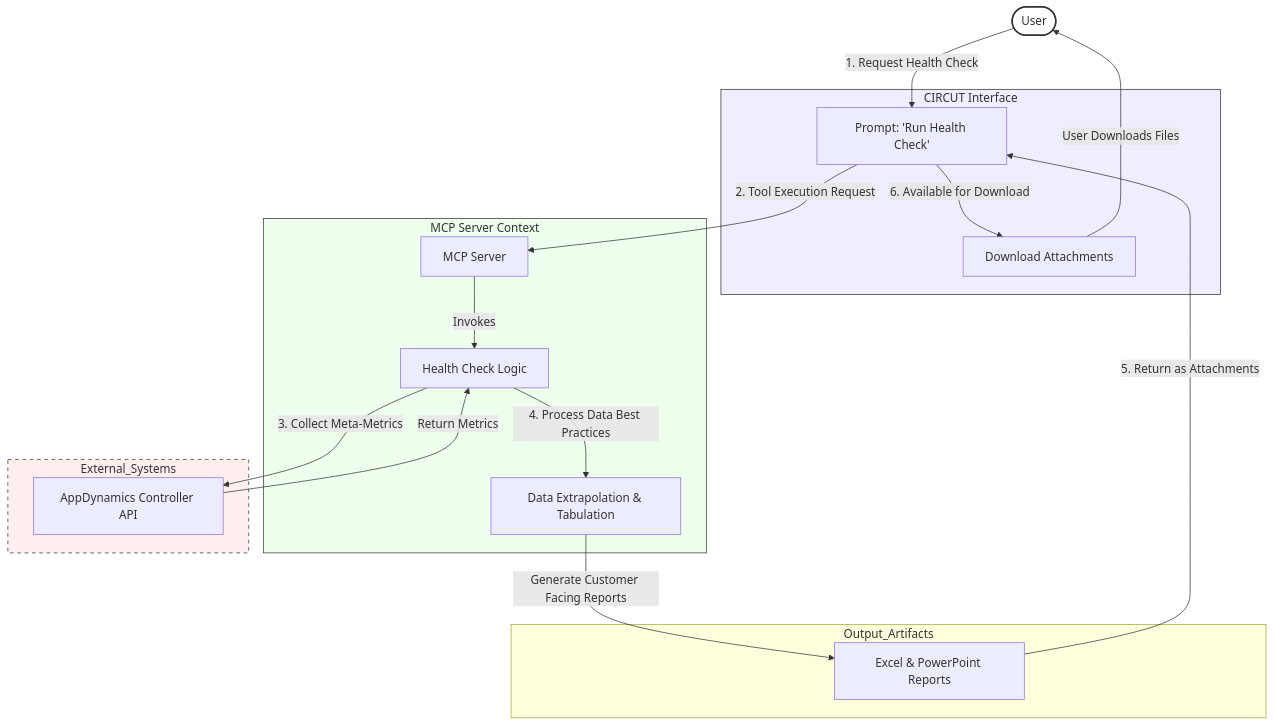
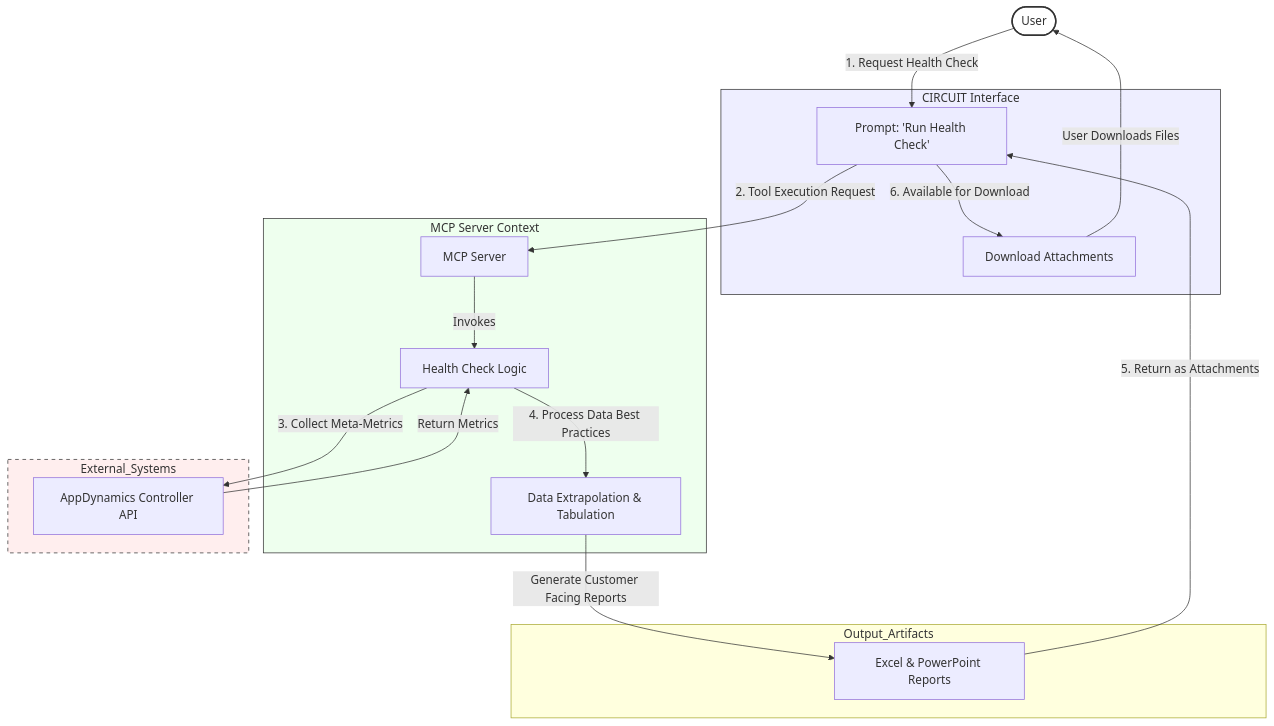
The diagram in architecture_diagram_health_check.md (alexafshar/config-assessment-tool), drawn with Mermaid before and after one commit. The commit also changed other lines of this file and 3 other files, not shown here.

````diff
--- a/architecture_diagram_health_check.md
+++ b/architecture_diagram_health_check.md
@@ -5,40 +5,40 @@
 ```mermaid
 graph TD
     %% Actors and Systems
     User([User])
     style User fill:#fff,stroke:#333,stroke-width:2px
     
-    subgraph UI_Layer [CIRCUT Interface]
+    subgraph UI_Layer [CIRCUIT Interface]
         style UI_Layer fill:#eef,stroke:#333
         Prompt[Prompt: 'Run Health Check']
         Download[Download Attachments]
     end
 
     subgraph Execution_Layer [MCP Server Context]
         style Execution_Layer fill:#efe,stroke:#333
         Server[MCP Server]
         Logic[Health Check Logic]
         Processing[Data Extrapolation & Tabulation]
     end
     
     subgraph External_Systems
         style External_Systems fill:#fee,stroke:#333,stroke-dasharray: 5 5
         AppD[AppDynamics Controller API]
     end
 
     subgraph Output_Artifacts
         Reports[Excel & PowerPoint Reports]
     end
 
     %% Flow Steps
     User -->|1. Request Health Check| Prompt
     Prompt -->|2. Tool Execution Request| Server
     Server -->|Invokes| Logic
     Logic -->|3. Collect Meta-Metrics| AppD
     AppD -->|Return Metrics| Logic
     Logic -->|4. Process Data Best Practices| Processing
     Processing -->|Generate Customer Facing Reports| Reports
     Reports -->|5. Return as Attachments| Prompt
     Prompt -->|6. Available for Download| Download
     Download -->|User Downloads Files| User
 ```
````
